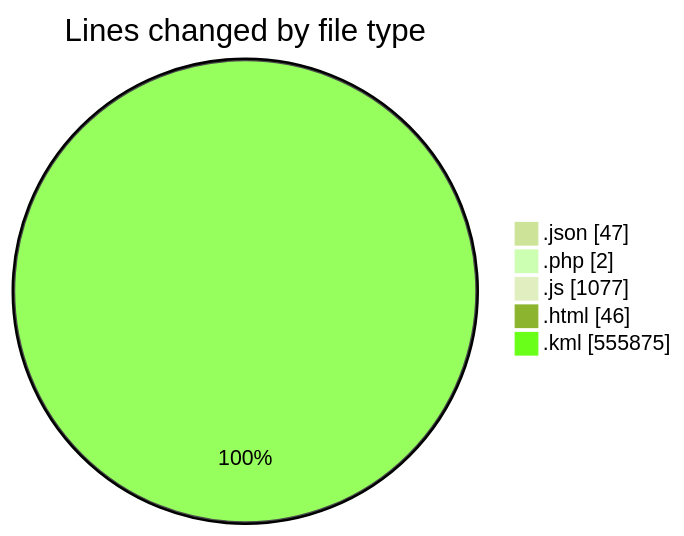
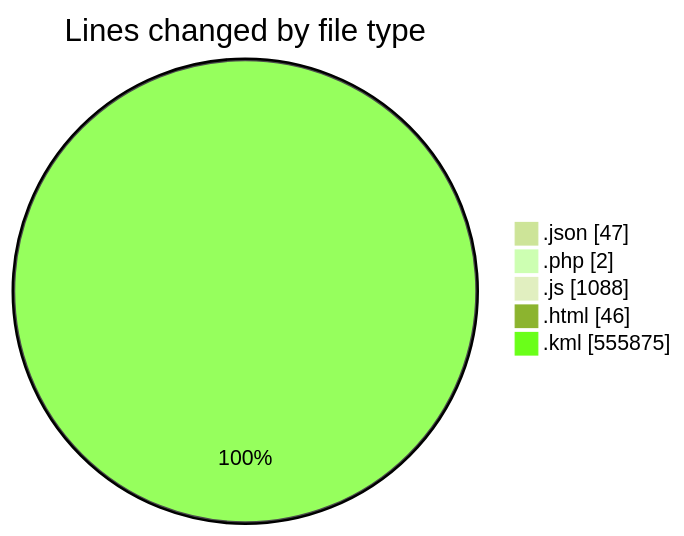
The first of 2 diagrams in 2025-03-27/kml/README.md (LanceThiago/code-tracking), drawn with Mermaid (forest theme) before and after one commit. The commit also changed other lines of this file and 1 other file, not shown here.

````diff
--- a/2025-03-27/kml/README.md
+++ b/2025-03-27/kml/README.md
@@ -28,9 +28,9 @@
 ```mermaid
 pie showData
 title Lines changed by file type
 ".json" : 47
 ".php" : 2
-".js" : 1077
+".js" : 1088
 ".html" : 46
 ".kml" : 555875
 ```
````
